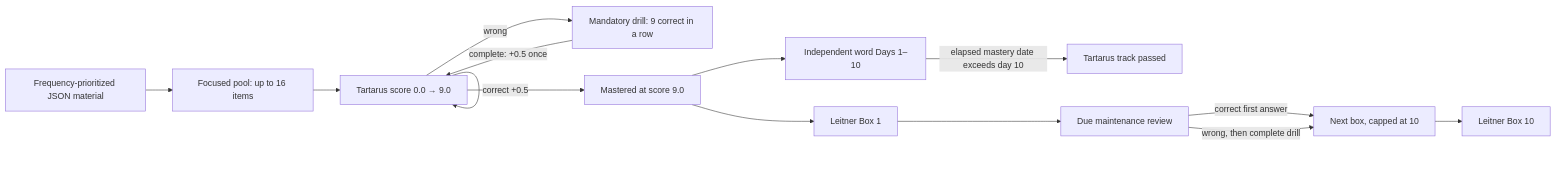
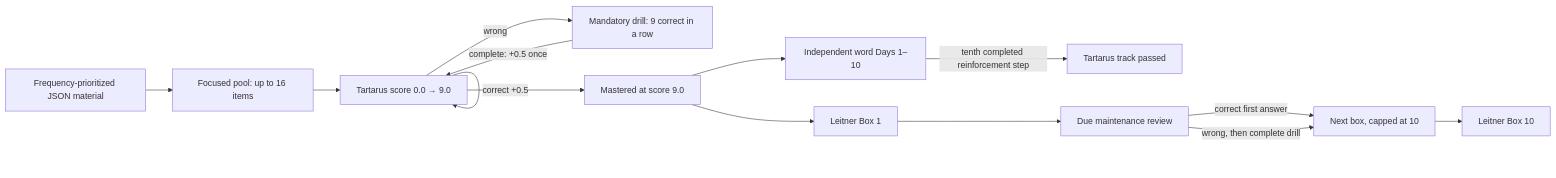
One commit to bahman-farhadian/tartarus changed the diagram in README.md. Above: the diagram before and after it, drawn with Mermaid. The commit also changed other lines of this file, not shown here.

````diff
--- a/README.md
+++ b/README.md
@@ -43,28 +43,28 @@
 ```mermaid
 flowchart LR
     JSON["Frequency-prioritized JSON material"]
     FOCUS["Focused pool: up to 16 items"]
     SCORE["Tartarus score 0.0 → 9.0"]
     DRILL["Mandatory drill: 9 correct in a row"]
     MASTER["Mastered at score 9.0"]
     DAILY["Independent word Days 1–10"]
     DAY11["Tartarus track passed"]
     BOX1["Leitner Box 1"]
     DUE["Due maintenance review"]
     NEXT["Next box, capped at 10"]
     BOX10["Leitner Box 10"]
 
     JSON --> FOCUS
     FOCUS --> SCORE
     SCORE -->|"correct +0.5"| SCORE
     SCORE -->|"wrong"| DRILL
     DRILL -->|"complete: +0.5 once"| SCORE
     SCORE --> MASTER
     MASTER --> DAILY
-    DAILY -->|"elapsed mastery date exceeds day 10"| DAY11
+    DAILY -->|"tenth completed reinforcement step"| DAY11
     MASTER --> BOX1
     BOX1 --> DUE
     DUE -->|"correct first answer"| NEXT
     DUE -->|"wrong, then complete drill"| NEXT
     NEXT --> BOX10
 ```
````
